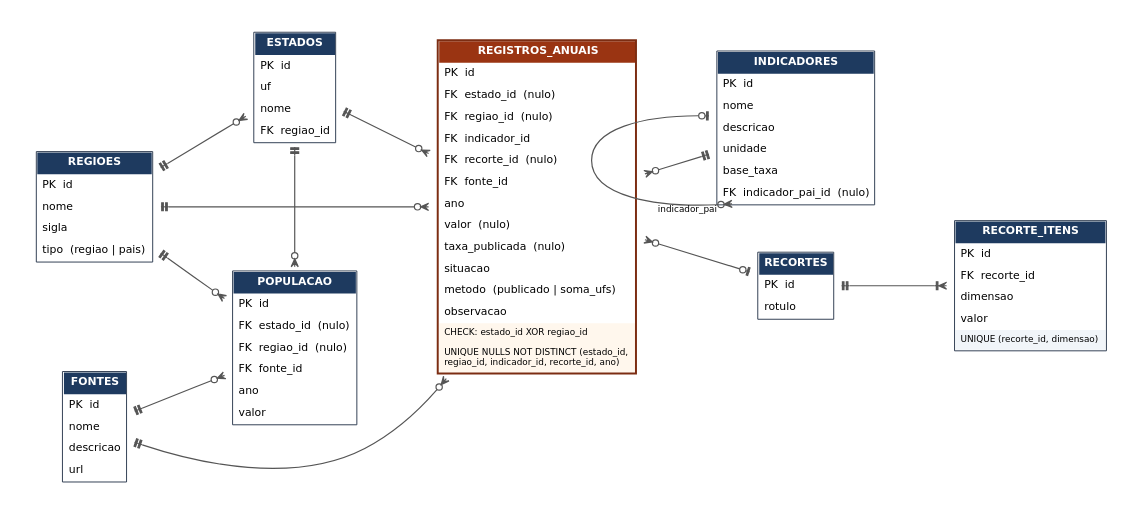
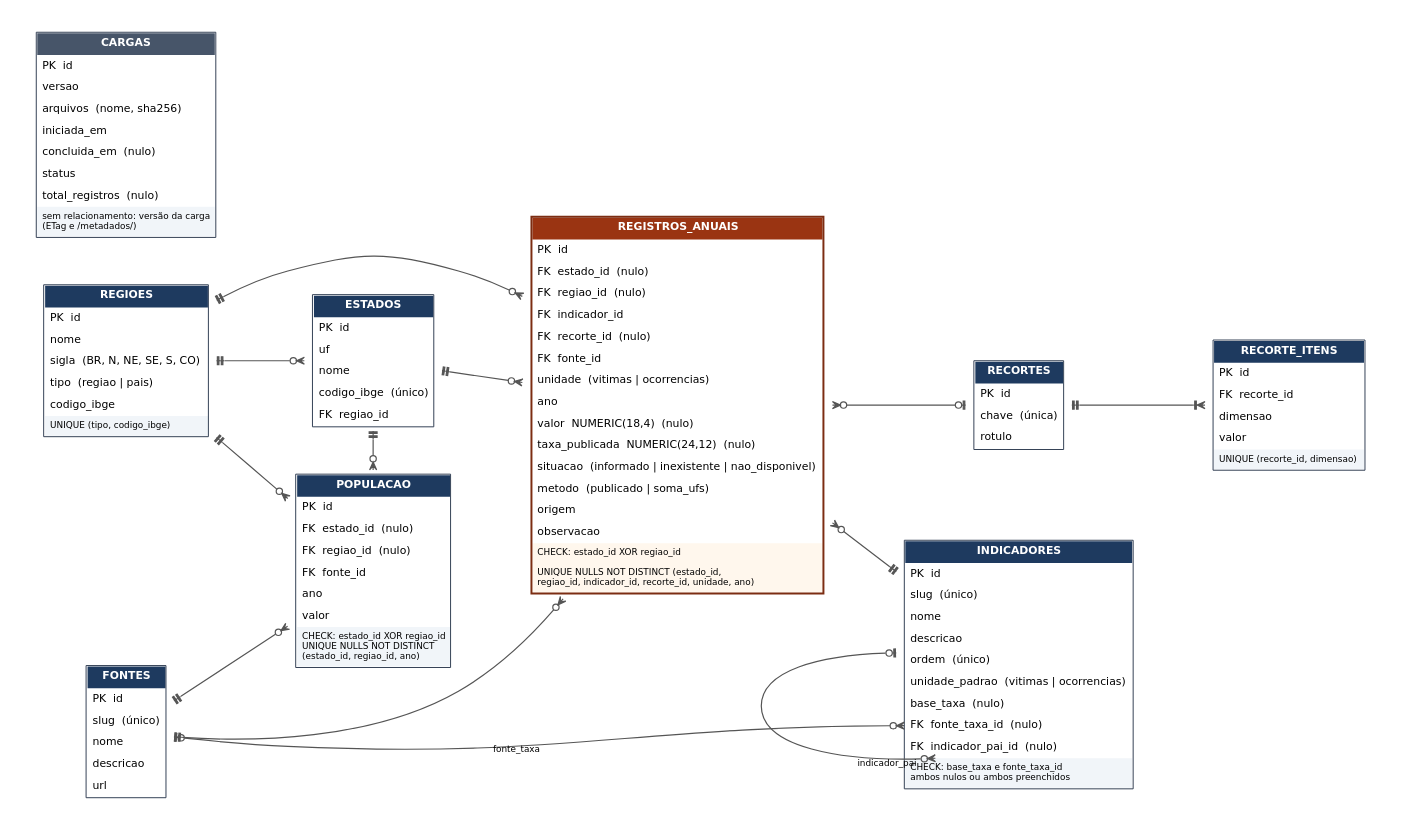
The diagram in docs/modelagem/modelo-er.dot (yocaslu/Projeto-Integrador-II), drawn with Graphviz before and after one commit. The commit also changed 9 other files, not shown here.

First line of the commit message:
docs(adr): registra fonte da taxa, catálogo de fontes, 503 e RNF02

```diff
--- a/docs/modelagem/modelo-er.dot
+++ b/docs/modelagem/modelo-er.dot
@@ -1,108 +1,134 @@
 digraph ER {
   graph [rankdir=LR, splines=spline, nodesep=0.55, ranksep=0.9, bgcolor="white", pad=0.3, fontname="DejaVu Sans"];
   node  [shape=plaintext, fontname="DejaVu Sans", fontsize=11];
   edge  [color="#555555", penwidth=1.2, arrowsize=0.8, dir=both, arrowtail=none];
 
   REGIOES [label=<
   <TABLE BORDER="1" CELLBORDER="0" CELLSPACING="0" CELLPADDING="5" COLOR="#334155">
     <TR><TD BGCOLOR="#1E3A5F" ALIGN="CENTER"><FONT COLOR="white"><B>REGIOES</B></FONT></TD></TR>
     <TR><TD ALIGN="LEFT">PK  id</TD></TR>
     <TR><TD ALIGN="LEFT">nome</TD></TR>
-    <TR><TD ALIGN="LEFT">sigla</TD></TR>
+    <TR><TD ALIGN="LEFT">sigla  (BR, N, NE, SE, S, CO)</TD></TR>
     <TR><TD ALIGN="LEFT">tipo  (regiao | pais)</TD></TR>
+    <TR><TD ALIGN="LEFT">codigo_ibge</TD></TR>
+    <TR><TD ALIGN="LEFT" BGCOLOR="#F1F5F9"><FONT POINT-SIZE="9">UNIQUE (tipo, codigo_ibge)</FONT></TD></TR>
   </TABLE>>];
 
   ESTADOS [label=<
   <TABLE BORDER="1" CELLBORDER="0" CELLSPACING="0" CELLPADDING="5" COLOR="#334155">
     <TR><TD BGCOLOR="#1E3A5F" ALIGN="CENTER"><FONT COLOR="white"><B>ESTADOS</B></FONT></TD></TR>
     <TR><TD ALIGN="LEFT">PK  id</TD></TR>
     <TR><TD ALIGN="LEFT">uf</TD></TR>
     <TR><TD ALIGN="LEFT">nome</TD></TR>
+    <TR><TD ALIGN="LEFT">codigo_ibge  (único)</TD></TR>
     <TR><TD ALIGN="LEFT">FK  regiao_id</TD></TR>
   </TABLE>>];
 
   POPULACAO [label=<
   <TABLE BORDER="1" CELLBORDER="0" CELLSPACING="0" CELLPADDING="5" COLOR="#334155">
     <TR><TD BGCOLOR="#1E3A5F" ALIGN="CENTER"><FONT COLOR="white"><B>POPULACAO</B></FONT></TD></TR>
     <TR><TD ALIGN="LEFT">PK  id</TD></TR>
     <TR><TD ALIGN="LEFT">FK  estado_id  (nulo)</TD></TR>
     <TR><TD ALIGN="LEFT">FK  regiao_id  (nulo)</TD></TR>
     <TR><TD ALIGN="LEFT">FK  fonte_id</TD></TR>
     <TR><TD ALIGN="LEFT">ano</TD></TR>
     <TR><TD ALIGN="LEFT">valor</TD></TR>
+    <TR><TD ALIGN="LEFT" BGCOLOR="#F1F5F9"><FONT POINT-SIZE="9">CHECK: estado_id XOR regiao_id<BR ALIGN="LEFT"/>UNIQUE NULLS NOT DISTINCT<BR ALIGN="LEFT"/>(estado_id, regiao_id, ano)<BR ALIGN="LEFT"/></FONT></TD></TR>
   </TABLE>>];
 
   FONTES [label=<
   <TABLE BORDER="1" CELLBORDER="0" CELLSPACING="0" CELLPADDING="5" COLOR="#334155">
     <TR><TD BGCOLOR="#1E3A5F" ALIGN="CENTER"><FONT COLOR="white"><B>FONTES</B></FONT></TD></TR>
     <TR><TD ALIGN="LEFT">PK  id</TD></TR>
+    <TR><TD ALIGN="LEFT">slug  (único)</TD></TR>
     <TR><TD ALIGN="LEFT">nome</TD></TR>
     <TR><TD ALIGN="LEFT">descricao</TD></TR>
     <TR><TD ALIGN="LEFT">url</TD></TR>
   </TABLE>>];
 
   REGISTROS [label=<
   <TABLE BORDER="2" CELLBORDER="0" CELLSPACING="0" CELLPADDING="5" COLOR="#7C2D12">
     <TR><TD BGCOLOR="#9A3412" ALIGN="CENTER"><FONT COLOR="white"><B>REGISTROS_ANUAIS</B></FONT></TD></TR>
     <TR><TD ALIGN="LEFT">PK  id</TD></TR>
     <TR><TD ALIGN="LEFT">FK  estado_id  (nulo)</TD></TR>
     <TR><TD ALIGN="LEFT">FK  regiao_id  (nulo)</TD></TR>
     <TR><TD ALIGN="LEFT">FK  indicador_id</TD></TR>
     <TR><TD ALIGN="LEFT">FK  recorte_id  (nulo)</TD></TR>
     <TR><TD ALIGN="LEFT">FK  fonte_id</TD></TR>
+    <TR><TD ALIGN="LEFT">unidade  (vitimas | ocorrencias)</TD></TR>
     <TR><TD ALIGN="LEFT">ano</TD></TR>
-    <TR><TD ALIGN="LEFT">valor  (nulo)</TD></TR>
-    <TR><TD ALIGN="LEFT">taxa_publicada  (nulo)</TD></TR>
-    <TR><TD ALIGN="LEFT">situacao</TD></TR>
+    <TR><TD ALIGN="LEFT">valor  NUMERIC(18,4)  (nulo)</TD></TR>
+    <TR><TD ALIGN="LEFT">taxa_publicada  NUMERIC(24,12)  (nulo)</TD></TR>
+    <TR><TD ALIGN="LEFT">situacao  (informado | inexistente | nao_disponivel)</TD></TR>
     <TR><TD ALIGN="LEFT">metodo  (publicado | soma_ufs)</TD></TR>
+    <TR><TD ALIGN="LEFT">origem</TD></TR>
     <TR><TD ALIGN="LEFT">observacao</TD></TR>
     <TR><TD ALIGN="LEFT" BGCOLOR="#FFF7ED"><FONT POINT-SIZE="9">CHECK: estado_id XOR regiao_id</FONT></TD></TR>
-    <TR><TD ALIGN="LEFT" BGCOLOR="#FFF7ED"><FONT POINT-SIZE="9">UNIQUE NULLS NOT DISTINCT (estado_id,<BR ALIGN="LEFT"/>regiao_id, indicador_id, recorte_id, ano)<BR ALIGN="LEFT"/></FONT></TD></TR>
+    <TR><TD ALIGN="LEFT" BGCOLOR="#FFF7ED"><FONT POINT-SIZE="9">UNIQUE NULLS NOT DISTINCT (estado_id,<BR ALIGN="LEFT"/>regiao_id, indicador_id, recorte_id, unidade, ano)<BR ALIGN="LEFT"/></FONT></TD></TR>
   </TABLE>>];
 
   INDICADORES [label=<
   <TABLE BORDER="1" CELLBORDER="0" CELLSPACING="0" CELLPADDING="5" COLOR="#334155">
     <TR><TD BGCOLOR="#1E3A5F" ALIGN="CENTER"><FONT COLOR="white"><B>INDICADORES</B></FONT></TD></TR>
     <TR><TD ALIGN="LEFT">PK  id</TD></TR>
+    <TR><TD ALIGN="LEFT">slug  (único)</TD></TR>
     <TR><TD ALIGN="LEFT">nome</TD></TR>
     <TR><TD ALIGN="LEFT">descricao</TD></TR>
-    <TR><TD ALIGN="LEFT">unidade</TD></TR>
-    <TR><TD ALIGN="LEFT">base_taxa</TD></TR>
+    <TR><TD ALIGN="LEFT">ordem  (único)</TD></TR>
+    <TR><TD ALIGN="LEFT">unidade_padrao  (vitimas | ocorrencias)</TD></TR>
+    <TR><TD ALIGN="LEFT">base_taxa  (nulo)</TD></TR>
+    <TR><TD ALIGN="LEFT" PORT="fonte">FK  fonte_taxa_id  (nulo)</TD></TR>
     <TR><TD ALIGN="LEFT" PORT="pai">FK  indicador_pai_id  (nulo)</TD></TR>
+    <TR><TD ALIGN="LEFT" BGCOLOR="#F1F5F9"><FONT POINT-SIZE="9">CHECK: base_taxa e fonte_taxa_id<BR ALIGN="LEFT"/>ambos nulos ou ambos preenchidos<BR ALIGN="LEFT"/></FONT></TD></TR>
   </TABLE>>];
 
   RECORTES [label=<
   <TABLE BORDER="1" CELLBORDER="0" CELLSPACING="0" CELLPADDING="5" COLOR="#334155">
     <TR><TD BGCOLOR="#1E3A5F" ALIGN="CENTER"><FONT COLOR="white"><B>RECORTES</B></FONT></TD></TR>
     <TR><TD ALIGN="LEFT">PK  id</TD></TR>
+    <TR><TD ALIGN="LEFT">chave  (única)</TD></TR>
     <TR><TD ALIGN="LEFT">rotulo</TD></TR>
+  </TABLE>>];
+
+  CARGAS [label=<
+  <TABLE BORDER="1" CELLBORDER="0" CELLSPACING="0" CELLPADDING="5" COLOR="#334155">
+    <TR><TD BGCOLOR="#475569" ALIGN="CENTER"><FONT COLOR="white"><B>CARGAS</B></FONT></TD></TR>
+    <TR><TD ALIGN="LEFT">PK  id</TD></TR>
+    <TR><TD ALIGN="LEFT">versao</TD></TR>
+    <TR><TD ALIGN="LEFT">arquivos  (nome, sha256)</TD></TR>
+    <TR><TD ALIGN="LEFT">iniciada_em</TD></TR>
+    <TR><TD ALIGN="LEFT">concluida_em  (nulo)</TD></TR>
+    <TR><TD ALIGN="LEFT">status</TD></TR>
+    <TR><TD ALIGN="LEFT">total_registros  (nulo)</TD></TR>
+    <TR><TD ALIGN="LEFT" BGCOLOR="#F1F5F9"><FONT POINT-SIZE="9">sem relacionamento: versão da carga<BR ALIGN="LEFT"/>(ETag e /metadados/)<BR ALIGN="LEFT"/></FONT></TD></TR>
   </TABLE>>];
 
   RECORTE_ITENS [label=<
   <TABLE BORDER="1" CELLBORDER="0" CELLSPACING="0" CELLPADDING="5" COLOR="#334155">
     <TR><TD BGCOLOR="#1E3A5F" ALIGN="CENTER"><FONT COLOR="white"><B>RECORTE_ITENS</B></FONT></TD></TR>
     <TR><TD ALIGN="LEFT">PK  id</TD></TR>
     <TR><TD ALIGN="LEFT">FK  recorte_id</TD></TR>
     <TR><TD ALIGN="LEFT">dimensao</TD></TR>
     <TR><TD ALIGN="LEFT">valor</TD></TR>
     <TR><TD ALIGN="LEFT" BGCOLOR="#F1F5F9"><FONT POINT-SIZE="9">UNIQUE (recorte_id, dimensao)</FONT></TD></TR>
   </TABLE>>];
 
   {rank=same; REGIOES; FONTES;}
   {rank=same; ESTADOS; POPULACAO;}
   {rank=same; INDICADORES; RECORTES;}
 
   /* 1:N  (arrowtail = lado 1, arrowhead = lado N) */
   edge [arrowtail=teetee, arrowhead=crowodot];
   REGIOES -> ESTADOS  ;
   REGIOES -> POPULACAO;
   ESTADOS -> POPULACAO;
   FONTES  -> POPULACAO;
   ESTADOS -> REGISTROS;
   REGIOES -> REGISTROS;
   FONTES  -> REGISTROS;
   REGISTROS -> INDICADORES [dir=both, arrowtail=crowodot, arrowhead=teetee];
   REGISTROS -> RECORTES    [dir=both, arrowtail=crowodot, arrowhead=teeodot];
   RECORTES -> RECORTE_ITENS [arrowtail=teetee, arrowhead=crowtee];
+  FONTES -> INDICADORES:fonte [arrowtail=teeodot, arrowhead=crowodot, xlabel="fonte_taxa", fontname="DejaVu Sans", fontsize=9];
   INDICADORES:pai -> INDICADORES [arrowtail=crowodot, arrowhead=teeodot, xlabel="indicador_pai", fontname="DejaVu Sans", fontsize=9];
 }
```
